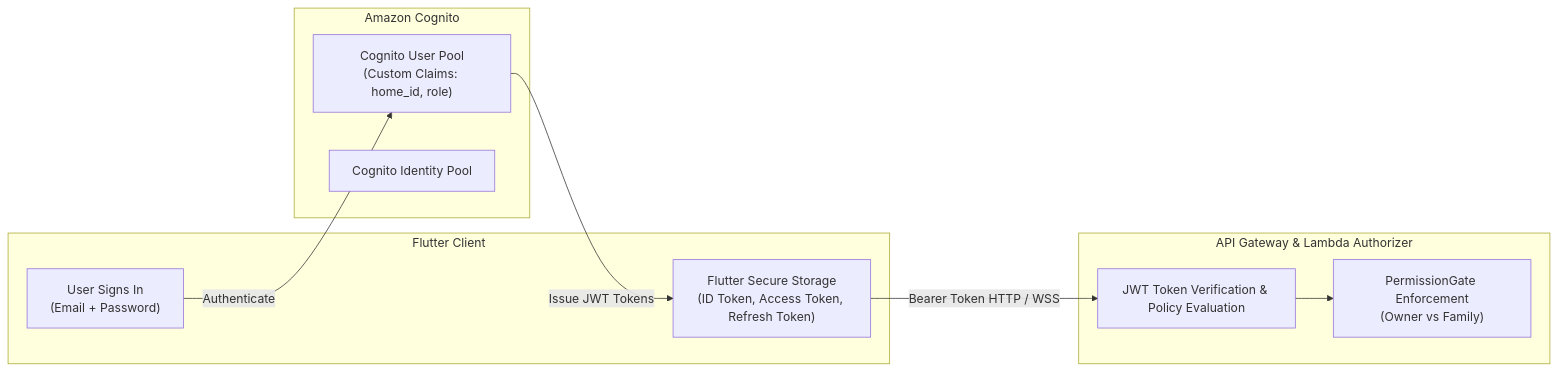
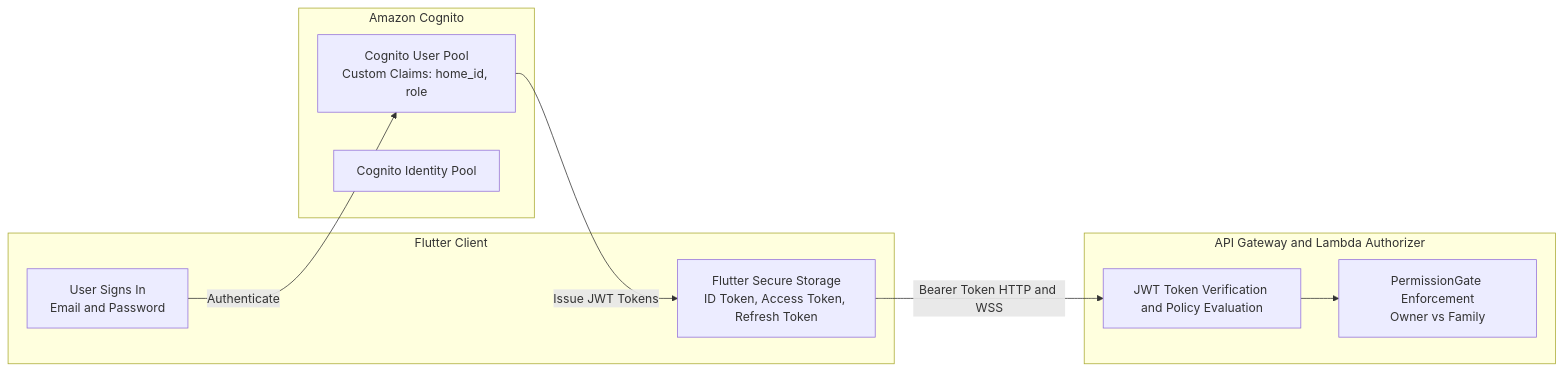
Before and after one commit to VimalChaudhary07/SEMS: the third of 11 diagrams in AWS_BACKEND_INTEGRATION_PLAN.md, drawn with Mermaid. The commit also changed other lines of this file and 5 other files, not shown here.

````diff
--- a/AWS_BACKEND_INTEGRATION_PLAN.md
+++ b/AWS_BACKEND_INTEGRATION_PLAN.md
@@ -231,22 +229,22 @@
 ```mermaid
 flowchart LR
     subgraph Client["Flutter Client"]
-        AuthAction["User Signs In<br/>(Email + Password)"]
-        TokenStore["Flutter Secure Storage<br/>(ID Token, Access Token, Refresh Token)"]
+        AuthAction["User Signs In<br/>Email and Password"]
+        TokenStore["Flutter Secure Storage<br/>ID Token, Access Token, Refresh Token"]
     end
 
     subgraph Cognito["Amazon Cognito"]
-        UserPool["Cognito User Pool<br/>(Custom Claims: home_id, role)"]
+        UserPool["Cognito User Pool<br/>Custom Claims: home_id, role"]
         IdPool["Cognito Identity Pool"]
     end
 
-    subgraph API_Security["API Gateway & Lambda Authorizer"]
-        JWT_Verify["JWT Token Verification & Policy Evaluation"]
-        Gate["PermissionGate Enforcement<br/>(Owner vs Family)"]
+    subgraph API_Security["API Gateway and Lambda Authorizer"]
+        JWT_Verify["JWT Token Verification and Policy Evaluation"]
+        Gate["PermissionGate Enforcement<br/>Owner vs Family"]
     end
 
     AuthAction -->|Authenticate| UserPool
     UserPool -->|Issue JWT Tokens| TokenStore
-    TokenStore -->|Bearer Token HTTP / WSS| JWT_Verify
+    TokenStore -->|Bearer Token HTTP and WSS| JWT_Verify
     JWT_Verify --> Gate
 ```
````
